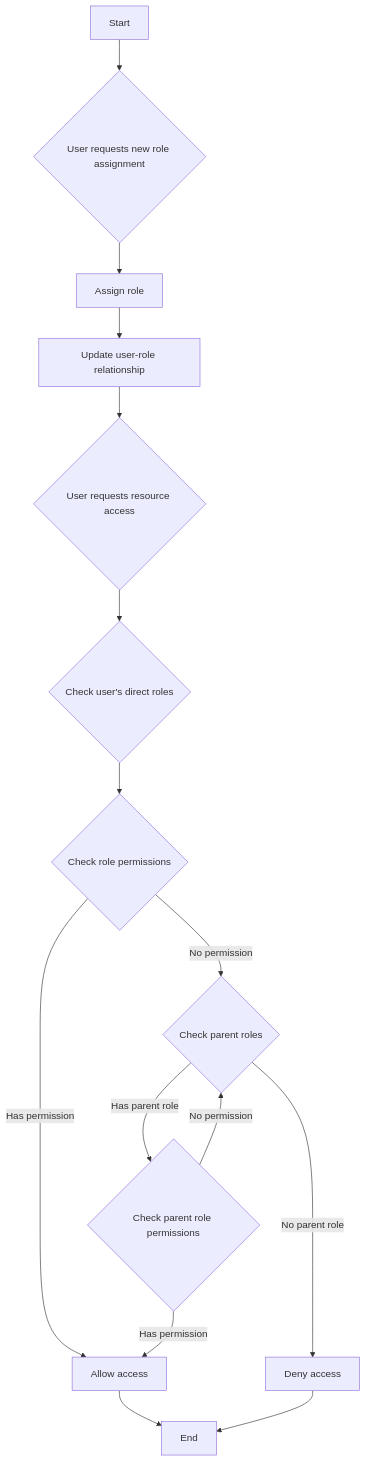
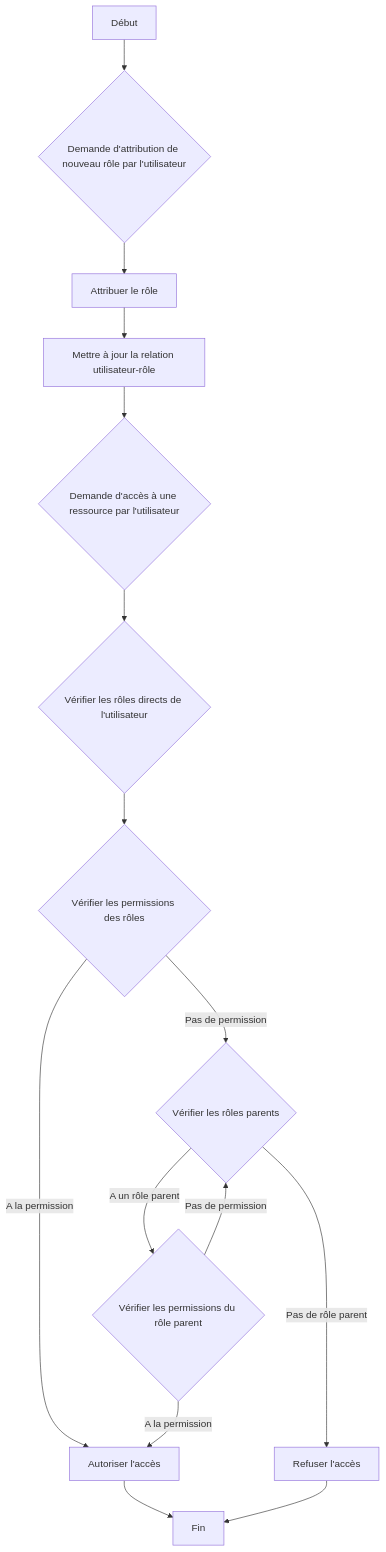
One commit to logto-io/auth-wiki changed the third of 4 diagrams in src/content/terms/fr/rbac.mdx. Above: the diagram before and after it, drawn with Mermaid. The commit also changed other lines of this file and 98 other files, not shown here.

````diff
--- a/src/content/terms/fr/rbac.mdx
+++ b/src/content/terms/fr/rbac.mdx
@@ -113,17 +218,17 @@
 ```mermaid
 graph TD
-    A[Start] --> B{User requests new role assignment}
-    B --> C[Assign role]
-    C --> D[Update user-role relationship]
-    D --> E{User requests resource access}
-    E --> F{Check user's direct roles}
-    F --> G{Check role permissions}
-    G -->|No permission| H{Check parent roles}
-    G -->|Has permission| K[Allow access]
-    H -->|Has parent role| I{Check parent role permissions}
-    H -->|No parent role| J[Deny access]
-    I -->|Has permission| K
-    I -->|No permission| H
-    K --> L[End]
+    A[Début] --> B{Demande d'attribution de nouveau rôle par l'utilisateur}
+    B --> C[Attribuer le rôle]
+    C --> D[Mettre à jour la relation utilisateur-rôle]
+    D --> E{Demande d'accès à une ressource par l'utilisateur}
+    E --> F{Vérifier les rôles directs de l'utilisateur}
+    F --> G{Vérifier les permissions des rôles}
+    G -->|Pas de permission| H{Vérifier les rôles parents}
+    G -->|A la permission| K[Autoriser l'accès]
+    H -->|A un rôle parent| I{Vérifier les permissions du rôle parent}
+    H -->|Pas de rôle parent| J[Refuser l'accès]
+    I -->|A la permission| K
+    I -->|Pas de permission| H
+    K --> L[Fin]
     J --> L
 ```
````
